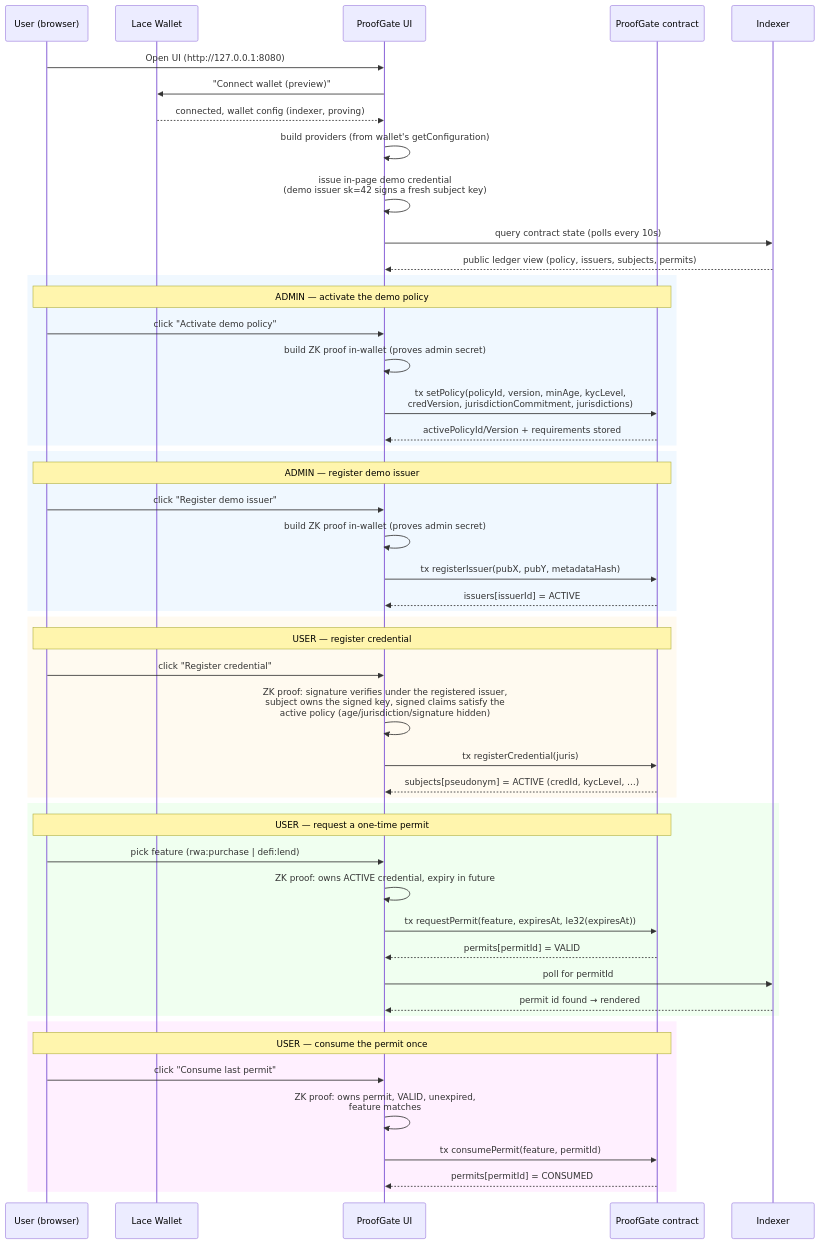
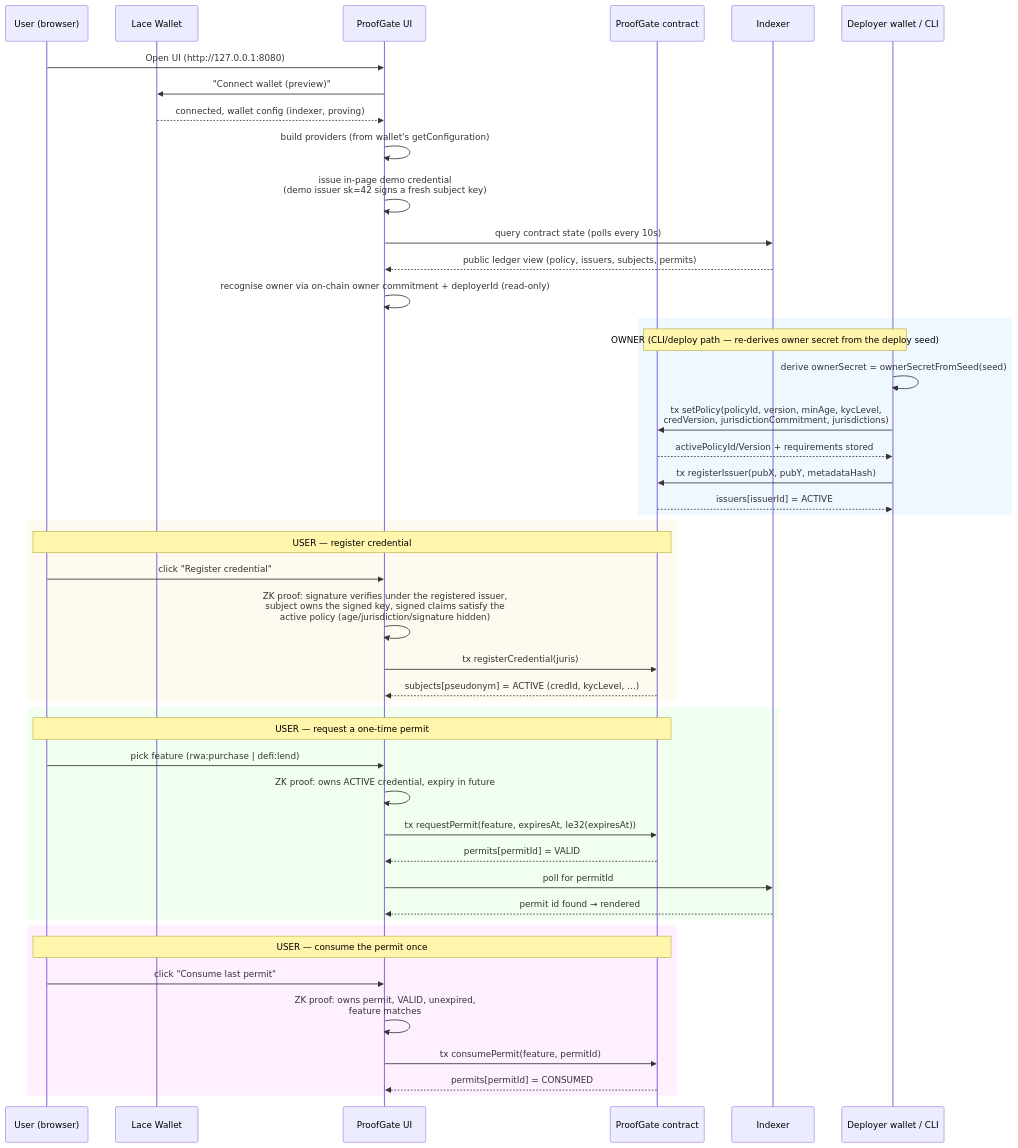
The third of 4 diagrams in PROJECT_GUIDE.md (sudha16-sketc/ProofGate), drawn with Mermaid before and after one commit. The commit also changed other lines of this file and 138 other files, not shown here.

````diff
--- a/PROJECT_GUIDE.md
+++ b/PROJECT_GUIDE.md
@@ -193,58 +209,53 @@
 ```mermaid
 sequenceDiagram
     participant U as User (browser)
     participant W as Lace Wallet
     participant A as ProofGate UI
     participant C as ProofGate contract
     participant I as Indexer
+    participant D as Deployer wallet / CLI
 
     U->>A: Open UI (http://127.0.0.1:8080)
     A->>W: "Connect wallet (preview)"
     W-->>A: connected, wallet config (indexer, proving)
     A->>A: build providers (from wallet's getConfiguration)
     A->>A: issue in-page demo credential<br/>(demo issuer sk=42 signs a fresh subject key)
     A->>I: query contract state (polls every 10s)
     I-->>A: public ledger view (policy, issuers, subjects, permits)
+    A->>A: recognise owner via on-chain owner commitment + deployerId (read-only)
 
     rect rgb(240,248,255)
-        Note over U,C: ADMIN — activate the demo policy
-        U->>A: click "Activate demo policy"
-        A->>A: build ZK proof in-wallet (proves admin secret)
-        A->>C: tx setPolicy(policyId, version, minAge, kycLevel,<br/>credVersion, jurisdictionCommitment, jurisdictions)
-        C-->>A: activePolicyId/Version + requirements stored
-    end
-
-    rect rgb(240,248,255)
-        Note over U,C: ADMIN — register demo issuer
-        U->>A: click "Register demo issuer"
-        A->>A: build ZK proof in-wallet (proves admin secret)
-        A->>C: tx registerIssuer(pubX, pubY, metadataHash)
-        C-->>A: issuers[issuerId] = ACTIVE
+        Note over D,C: OWNER (CLI/deploy path — re-derives owner secret from the deploy seed)
+        D->>D: derive ownerSecret = ownerSecretFromSeed(seed)
+        D->>C: tx setPolicy(policyId, version, minAge, kycLevel,<br/>credVersion, jurisdictionCommitment, jurisdictions)
+        C-->>D: activePolicyId/Version + requirements stored
+        D->>C: tx registerIssuer(pubX, pubY, metadataHash)
+        C-->>D: issuers[issuerId] = ACTIVE
     end
 
     rect rgb(255,250,240)
         Note over U,C: USER — register credential
         U->>A: click "Register credential"
         A->>A: ZK proof: signature verifies under the registered issuer,<br/>subject owns the signed key, signed claims satisfy the<br/>active policy (age/jurisdiction/signature hidden)
         A->>C: tx registerCredential(juris)
         C-->>A: subjects[pseudonym] = ACTIVE (credId, kycLevel, …)
     end
 
     rect rgb(240,255,240)
         Note over U,C: USER — request a one-time permit
         U->>A: pick feature (rwa:purchase | defi:lend)
         A->>A: ZK proof: owns ACTIVE credential, expiry in future
         A->>C: tx requestPermit(feature, expiresAt, le32(expiresAt))
         C-->>A: permits[permitId] = VALID
         A->>I: poll for permitId
         I-->>A: permit id found → rendered
     end
 
     rect rgb(255,240,255)
         Note over U,C: USER — consume the permit once
         U->>A: click "Consume last permit"
         A->>A: ZK proof: owns permit, VALID, unexpired,<br/>feature matches
         A->>C: tx consumePermit(feature, permitId)
         C-->>A: permits[permitId] = CONSUMED
     end
 ```
````
